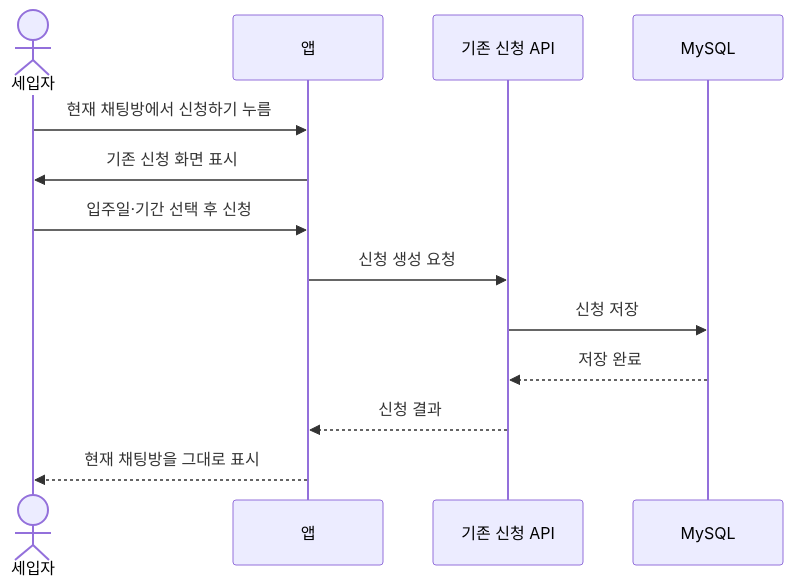
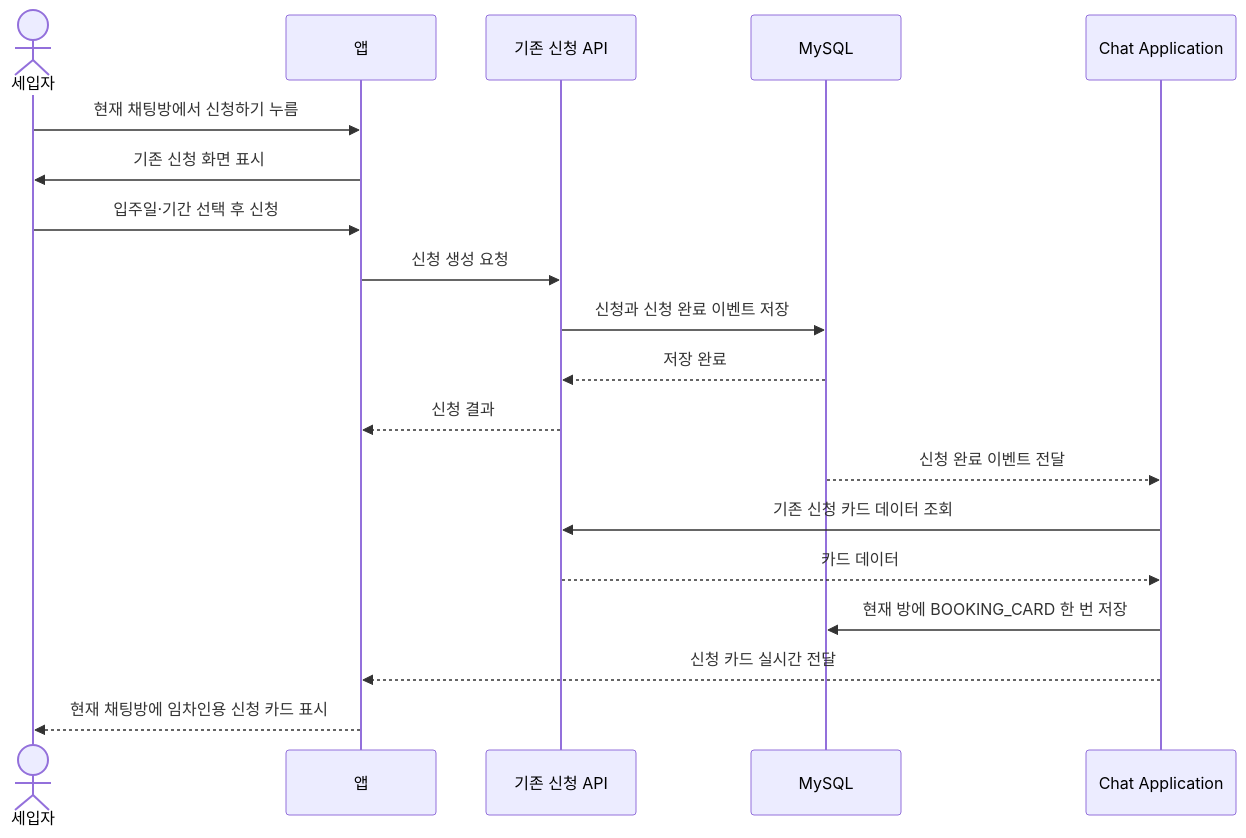
The third of 16 diagrams in docs/architecture/chat/05-sequence-diagrams.md (jameskim9509/Kohere-backend), drawn with Mermaid before and after one commit. The commit also changed other lines of this file and 57 other files, not shown here.

````diff
--- a/docs/architecture/chat/05-sequence-diagrams.md
+++ b/docs/architecture/chat/05-sequence-diagrams.md
@@ -69,16 +76,22 @@
 ```mermaid
 sequenceDiagram
     actor U as 세입자
     participant APP as 앱
     participant BOOK as 기존 신청 API
     participant DB as MySQL
+    participant CHAT as Chat Application
 
     U->>APP: 현재 채팅방에서 신청하기 누름
     APP->>U: 기존 신청 화면 표시
     U->>APP: 입주일·기간 선택 후 신청
     APP->>BOOK: 신청 생성 요청
-    BOOK->>DB: 신청 저장
+    BOOK->>DB: 신청과 신청 완료 이벤트 저장
     DB-->>BOOK: 저장 완료
     BOOK-->>APP: 신청 결과
-    APP-->>U: 현재 채팅방을 그대로 표시
+    DB-->>CHAT: 신청 완료 이벤트 전달
+    CHAT->>BOOK: 기존 신청 카드 데이터 조회
+    BOOK-->>CHAT: 카드 데이터
+    CHAT->>DB: 현재 방에 BOOKING_CARD 한 번 저장
+    CHAT-->>APP: 신청 카드 실시간 전달
+    APP-->>U: 현재 채팅방에 임차인용 신청 카드 표시
 ```
````
